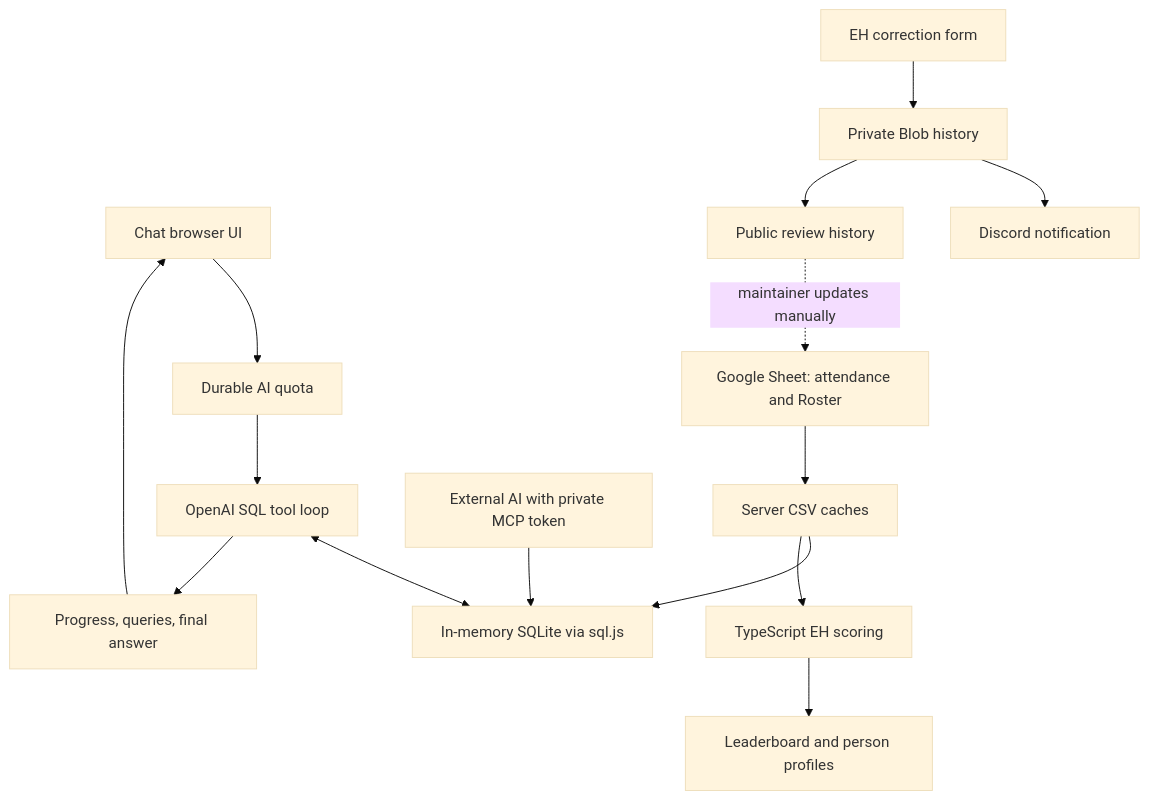
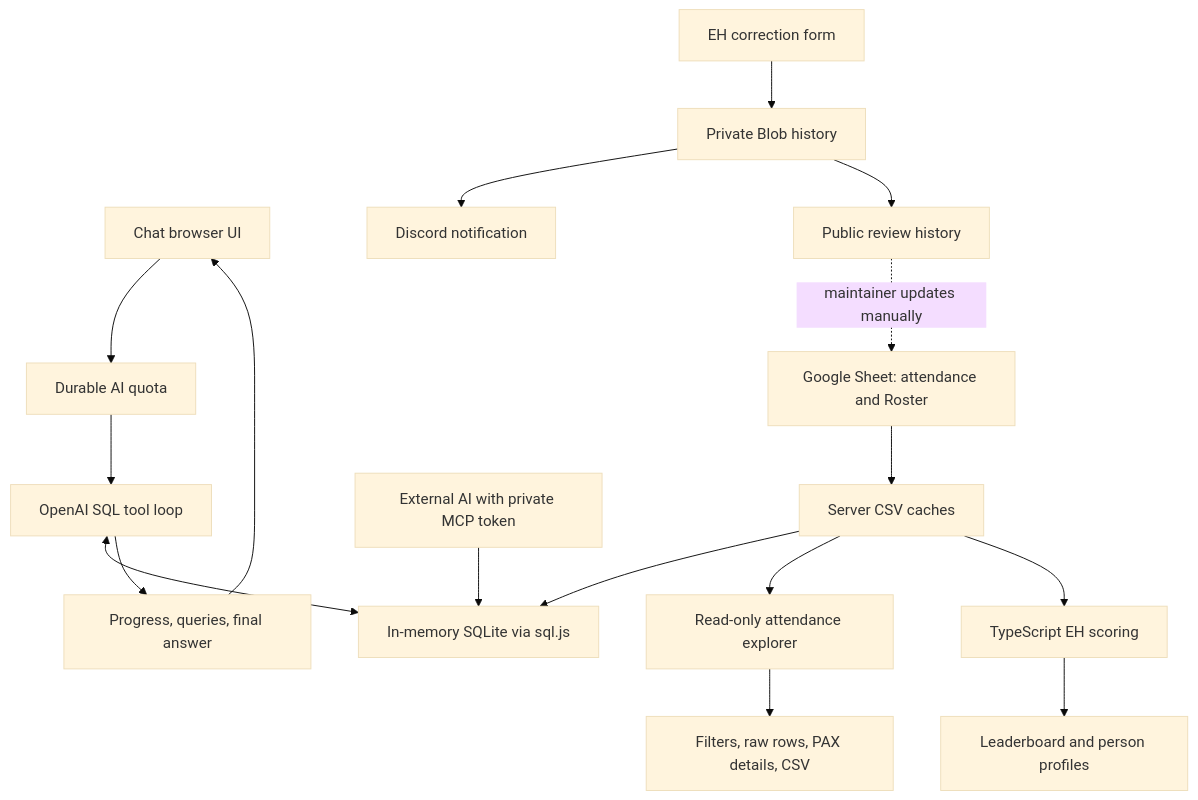
Before and after one commit to KtodaZ/bedrock-ai: the diagram in docs/architecture.md, drawn with Mermaid (base theme). The commit also changed other lines of this file and 16 other files, not shown here.

Commit message:
Add searchable Bedrock attendance explorer

````diff
--- a/docs/architecture.md
+++ b/docs/architecture.md
@@ -7,18 +7,20 @@
 ```mermaid
 flowchart TD
   Sheet[Google Sheet: attendance and Roster]
   Sheet --> Loader[Server CSV caches]
   Loader --> SQLite[In-memory SQLite via sql.js]
   Chat[Chat browser UI] --> Quota[Durable AI quota]
   Quota --> Agent[OpenAI SQL tool loop]
   Agent <--> SQLite
   Agent --> SSE[Progress, queries, final answer]
   SSE --> Chat
+  Loader --> Explorer[Read-only attendance explorer]
+  Explorer --> DataUI[Filters, raw rows, PAX details, CSV]
   Loader --> Score[TypeScript EH scoring]
   Score --> Board[Leaderboard and person profiles]
   MCP[External AI with private MCP token] --> SQLite
   Form[EH correction form] --> History[Private Blob history]
   History --> Discord[Discord notification]
   History --> Review[Public review history]
   Review -. maintainer updates manually .-> Sheet
 ```
````
